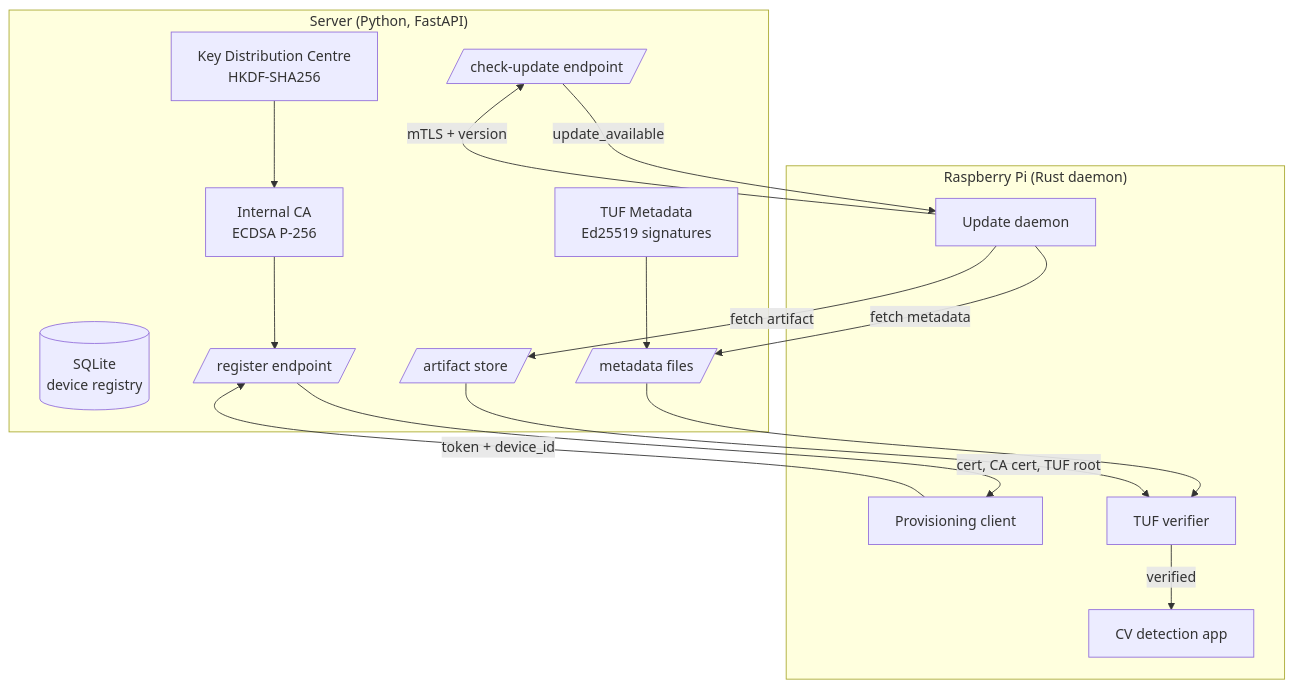
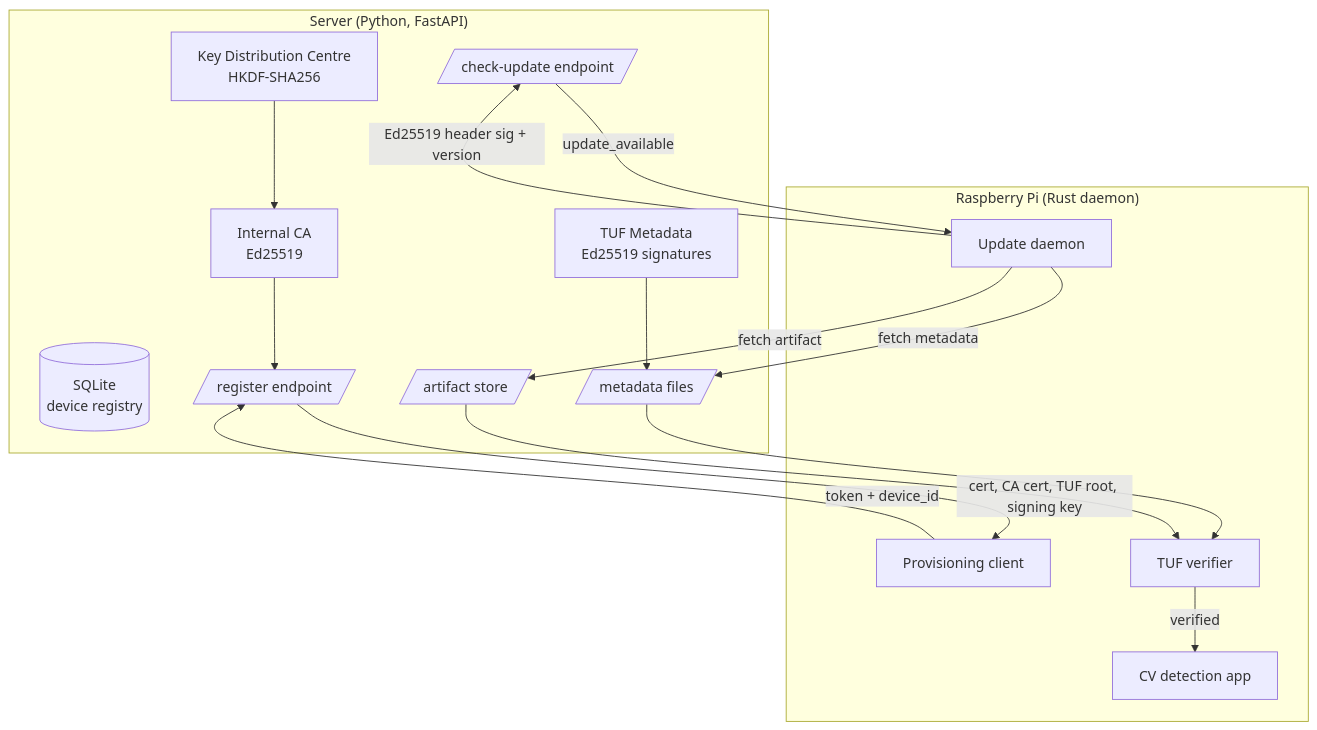
One commit to SMAXXY26/KDC changed the diagram in README.md. Above: the diagram before and after it, drawn with Mermaid. The commit also changed other lines of this file and 9 other files, not shown here.

````diff
--- a/README.md
+++ b/README.md
@@ -27,34 +27,34 @@
 ```mermaid
 flowchart TB
     subgraph Server["Server (Python, FastAPI)"]
-        CA[Internal CA<br/>ECDSA P-256]
+        CA[Internal CA<br/>Ed25519]
         KDC[Key Distribution Centre<br/>HKDF-SHA256]
         TUF[TUF Metadata<br/>Ed25519 signatures]
         DB[(SQLite<br/>device registry)]
         REG[/register endpoint/]
         CHK[/check-update endpoint/]
         META[/metadata files/]
         ART[/artifact store/]
     end
 
     subgraph Pi["Raspberry Pi (Rust daemon)"]
         PROV[Provisioning client]
         DAEMON[Update daemon]
         VERIFY[TUF verifier]
         APP[CV detection app]
     end
 
     PROV -->|token + device_id| REG
-    REG -->|cert, CA cert, TUF root| PROV
-    DAEMON -->|mTLS + version| CHK
+    REG -->|cert, CA cert, TUF root, signing key| PROV
+    DAEMON -->|Ed25519 header sig + version| CHK
     CHK -->|update_available| DAEMON
     DAEMON -->|fetch metadata| META
     DAEMON -->|fetch artifact| ART
     META --> VERIFY
     ART --> VERIFY
     VERIFY -->|verified| APP
 
     KDC --> CA
     CA --> REG
     TUF --> META
 ```
````
